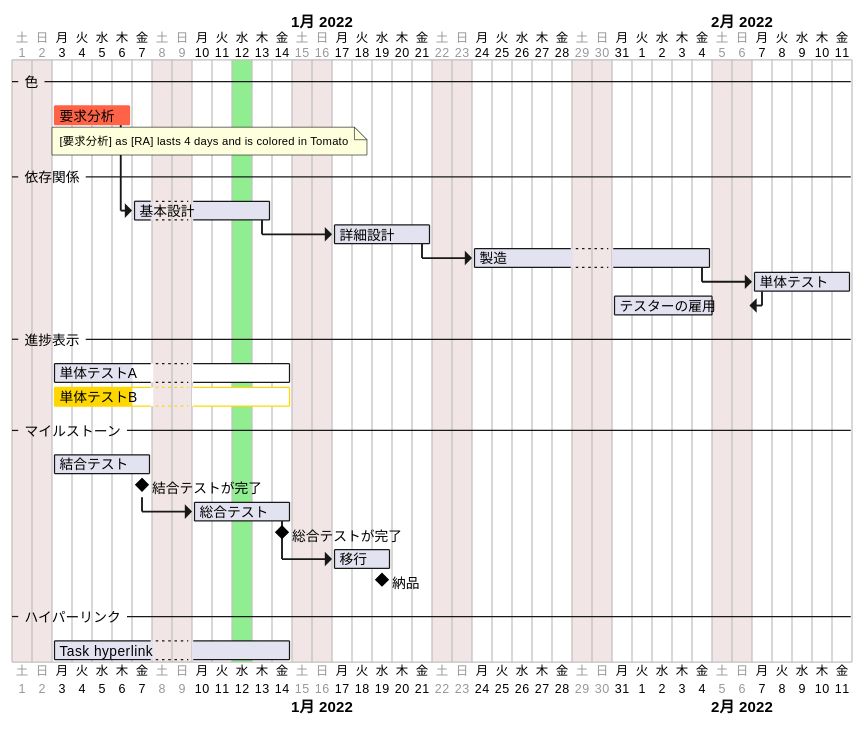
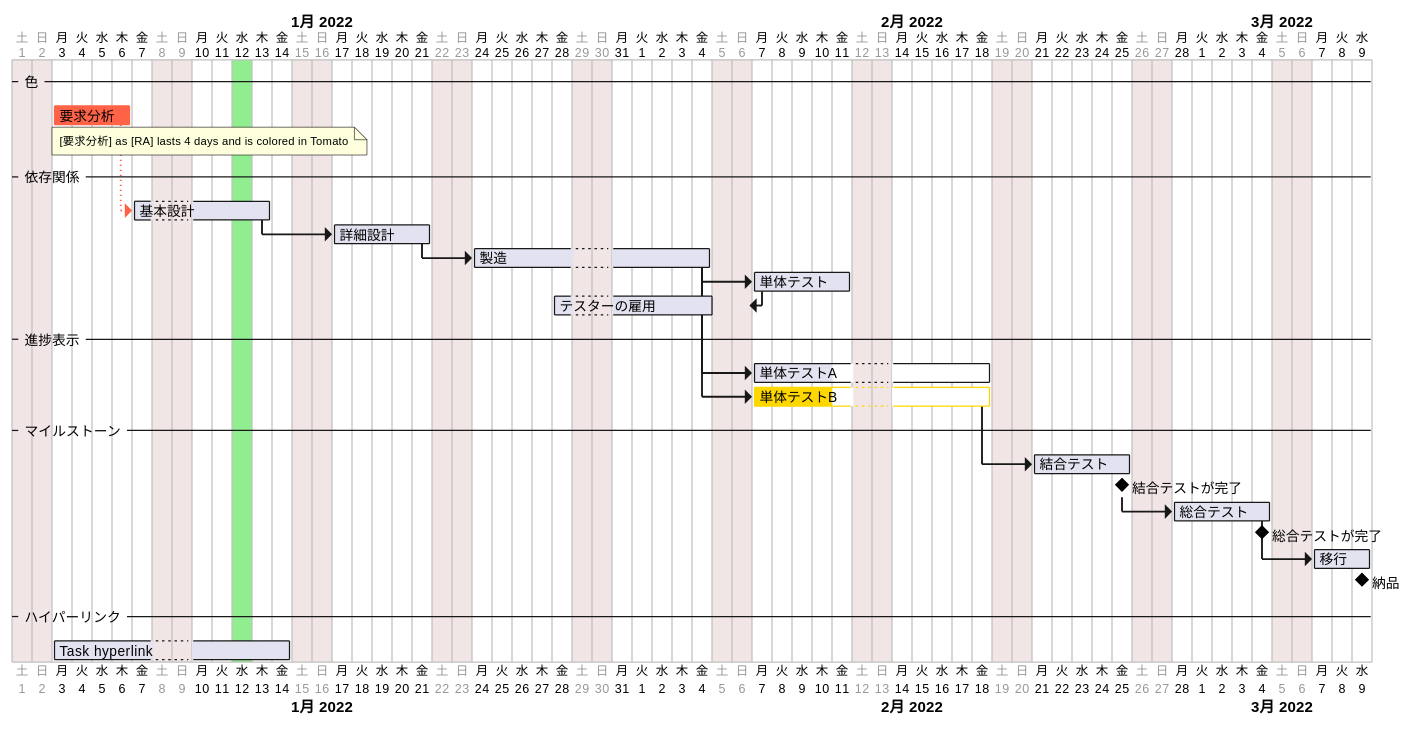
One commit to yzkn/PlantUML-CheatSheet changed the first of 4 diagrams in src/10-061-ガントチャート.md. Above: the diagram before and after it, drawn with PlantUML. The commit also changed other lines of this file, not shown here.

````diff
--- a/src/10-061-ガントチャート.md
+++ b/src/10-061-ガントチャート.md
@@ -82,60 +3,63 @@
 ```plantuml
 
 @startgantt
 
 language ja
 
 project starts the 2022/01/01
 
 saturday are closed
 sunday are closed
 
 -- 色 --
 
 [要求分析] as [RA] lasts 4 days and is colored in Tomato
 
 note bottom
     [要求分析] as [RA] lasts 4 days and is colored in Tomato
 end note
 
 2022/01/12 is colored in LightGreen
 
 -- 依存関係 --
 
-[基本設計] lasts 1 week and starts at [RA]'s end
+[基本設計] lasts 1 week and starts at [RA]'s end with Tomato dotted link /' リンクの色 '/
 [詳細設計] lasts 1 week and starts 3 days after [基本設計]'s end
 then [製造] lasts 2 weeks
 
 [単体テスト] lasts 1 week
 [製造] -> [単体テスト]
 
-[テスターの雇用] lasts 5 days and ends at [単体テスト]'s start
+[テスターの雇用] lasts 6 days and ends at [単体テスト]'s start
 
 -- 進捗表示 --
+
+[製造] -> [単体テストA]
+[製造] -> [単体テストB]
 
 [単体テストA] lasts 2 weeks and is 40% completed
 [単体テストB] lasts 2 weeks and is 40% completed and is colored in Gold
 
 -- マイルストーン --
 
-[結合テスト] lasts 5 days
+then [結合テスト] lasts 5 days
 [結合テストが完了] happens at [結合テスト]'s end
 [総合テスト] lasts 5 days
 [総合テスト] starts at [結合テストが完了]'s end
 
-[総合テストが完了] happens 2022-01-14
+[総合テストが完了] happens 2022-03-04
 [移行] lasts 3 days
 [移行] starts at [総合テスト]'s end
 
 ' 全タスク完了のマイルストーン
 [納品] happens at [結合テスト]'s end
 [納品] happens at [総合テスト]'s end
 [納品] happens at [移行]'s end
 
 -- ハイパーリンク --
 
 [Task hyperlink] lasts 10 days and links to [[https://plantuml.com/ja/gantt-diagram]]
 
 @endgantt
 
 ```
````
